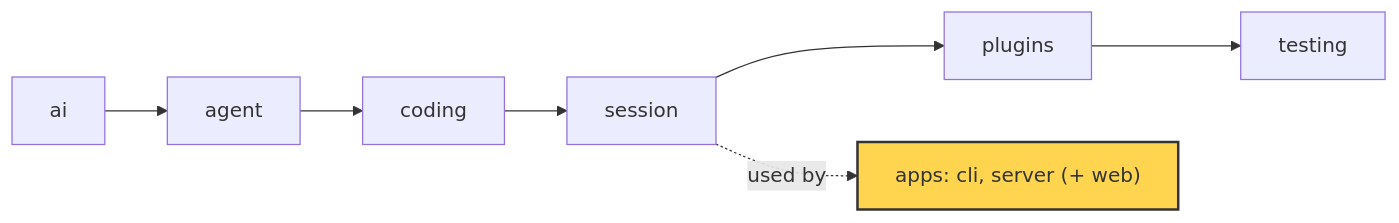
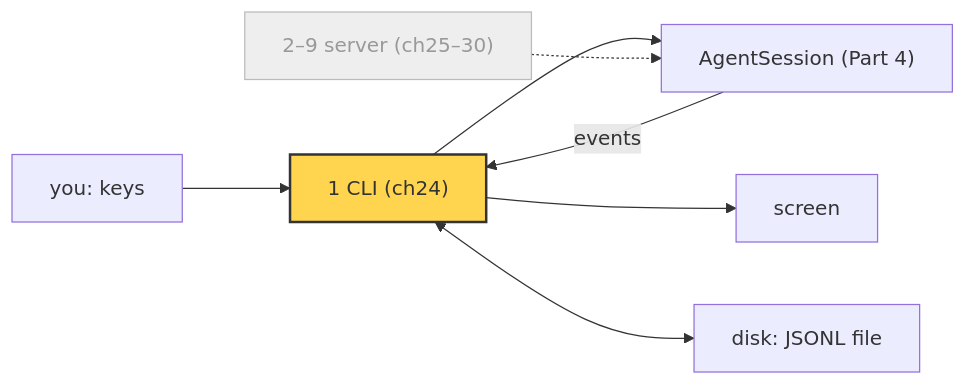
The diagram in docs/guidebook/24-cli.md (danhugo/simp-agent), drawn with Mermaid before and after one commit. The commit also changed other lines of this file and 3 other files, not shown here.

````diff
--- a/docs/guidebook/24-cli.md
+++ b/docs/guidebook/24-cli.md
@@ -9,6 +15,11 @@
 ```mermaid
 flowchart LR
-    ai --> agent --> coding --> session --> plugins --> testing
-    session -.used by.-> apps["apps: cli, server (+ web)"]
-    style apps fill:#ffd54f,stroke:#333,stroke-width:2px
+    U["you: keys"] --> CLI["1 CLI (ch24)"]
+    CLI --> AS["AgentSession (Part 4)"]
+    AS -- events --> CLI
+    CLI --> S["screen"]
+    CLI <--> D["disk: JSONL file"]
+    SV["2–9 server (ch25–30)"] -.-> AS
+    style CLI fill:#ffd54f,stroke:#333,stroke-width:2px
+    style SV fill:#eee,stroke:#bbb,color:#999
 ```
````
